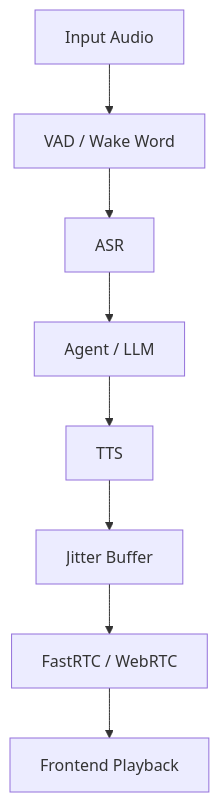
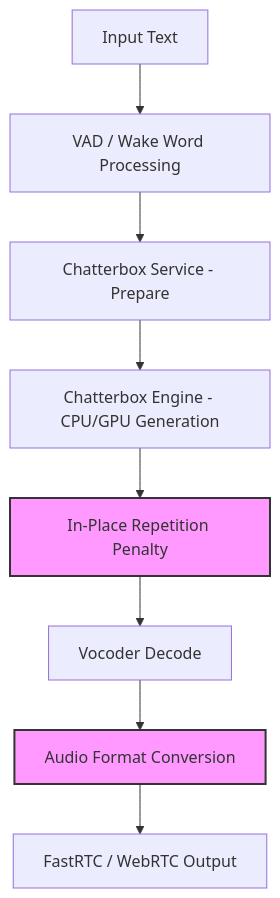
The diagram in .agents/reports/auralis-audio-optimization.md (carlosfundora/GFX-ATOM), drawn with Mermaid before and after one commit. The commit also changed other lines of this file and 9 other files, not shown here.

First line of the commit message:
perf(audio): optimize TTS repetition penalty overhead and PCM conversion

````diff
--- a/.agents/reports/auralis-audio-optimization.md
+++ b/.agents/reports/auralis-audio-optimization.md
@@ -56,10 +43,13 @@
 ```mermaid
 flowchart TD
-    A[Input Audio] --> B[VAD / Wake Word]
-    B --> C[ASR]
-    C --> D[Agent / LLM]
-    D --> E[TTS]
-    E --> F[Jitter Buffer]
-    F --> G[FastRTC / WebRTC]
-    G --> H[Frontend Playback]
+    A[Input Text] --> B[VAD / Wake Word Processing]
+    B --> C[Chatterbox Service - Prepare]
+    C --> D[Chatterbox Engine - CPU/GPU Generation]
+    D --> E[In-Place Repetition Penalty]
+    E --> F[Vocoder Decode]
+    F --> G[Audio Format Conversion]
+    G --> H[FastRTC / WebRTC Output]
+
+    style E fill:#f9f,stroke:#333,stroke-width:2px
+    style G fill:#f9f,stroke:#333,stroke-width:2px
 ```
````
